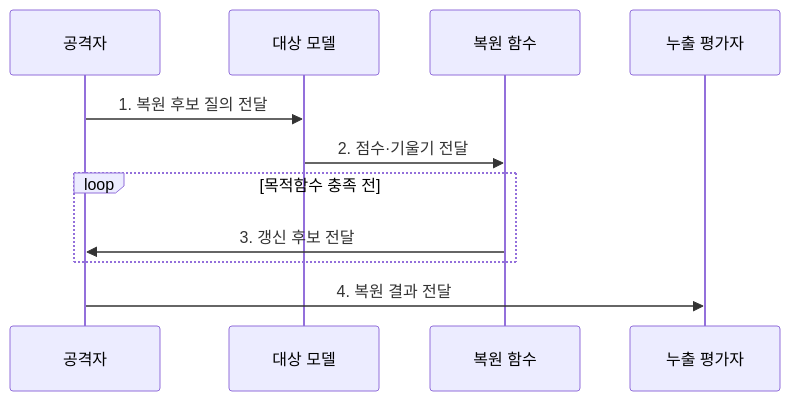
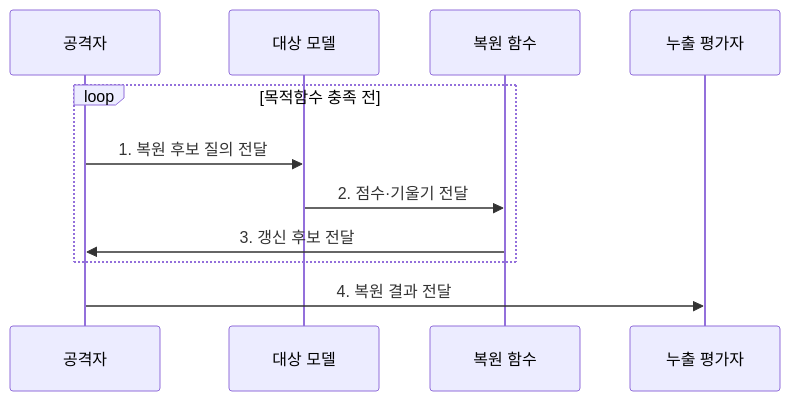
One commit to agnusdei1207/knowledge-base changed the second of 2 diagrams in src/content/docs/notes/08-latest-tech/120_model_inversion.md. Above: the diagram before and after it, drawn with Mermaid. The commit also changed other lines of this file and 225 other files, not shown here.

````diff
--- a/src/content/docs/notes/08-latest-tech/120_model_inversion.md
+++ b/src/content/docs/notes/08-latest-tech/120_model_inversion.md
@@ -76,13 +76,13 @@
 ```mermaid
 sequenceDiagram
     participant A as 공격자
     participant M as 대상 모델
     participant F as 복원 함수
     participant E as 누출 평가자
-    A->>M: 1. 복원 후보 질의 전달
-    M->>F: 2. 점수·기울기 전달
     loop 목적함수 충족 전
+        A->>M: 1. 복원 후보 질의 전달
+        M->>F: 2. 점수·기울기 전달
         F->>A: 3. 갱신 후보 전달
     end
     A->>E: 4. 복원 결과 전달
 ```
````
